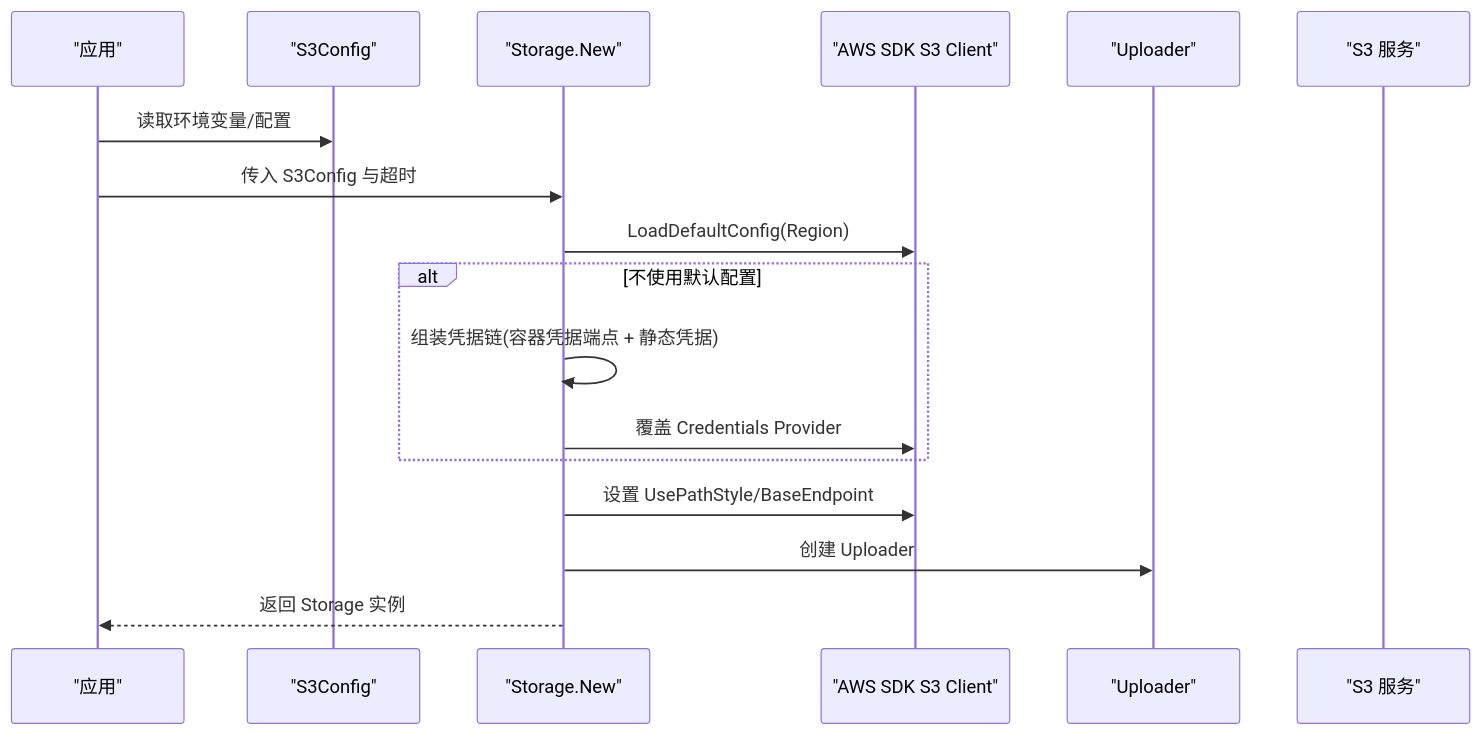
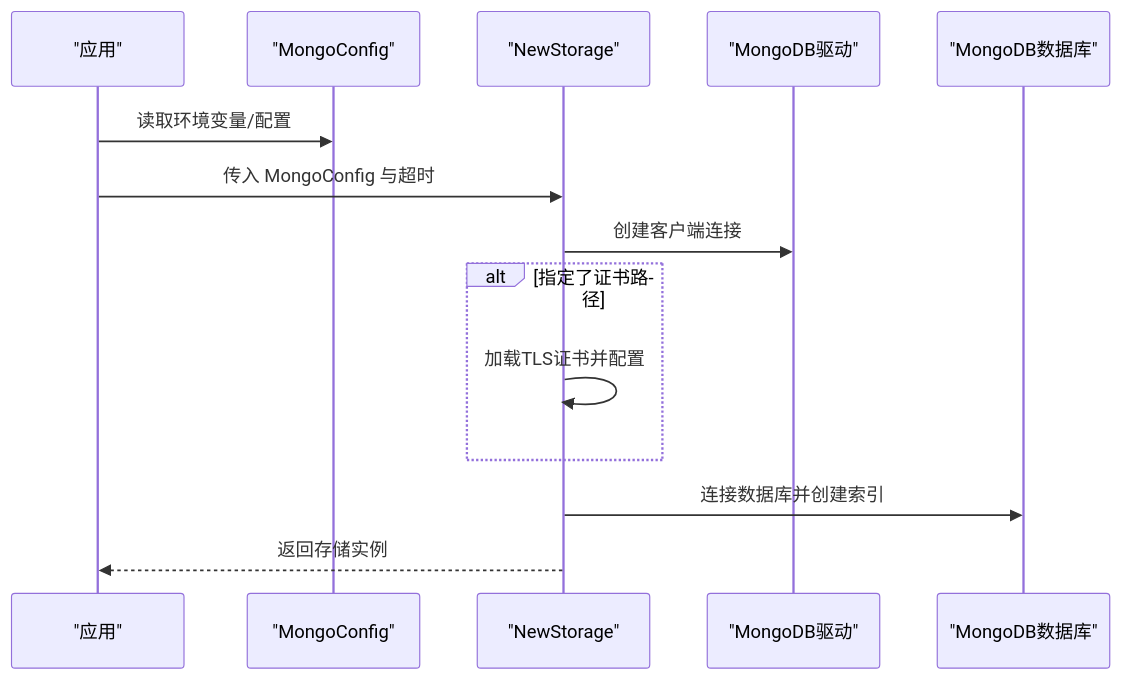
One commit to leimeng-go/athens changed the second of 4 diagrams in .qoder/repowiki/zh/content/配置参考/存储后端配置/云存储配置/S3存储配置.md. Above: the diagram before and after it, drawn with Mermaid. The commit also changed other lines of this file and 14 other files, not shown here.

````diff
--- a/.qoder/repowiki/zh/content/配置参考/存储后端配置/云存储配置/S3存储配置.md
+++ b/.qoder/repowiki/zh/content/配置参考/存储后端配置/云存储配置/S3存储配置.md
@@ -110,19 +103,16 @@
 ```mermaid
 sequenceDiagram
 participant App as "应用"
-participant Cfg as "S3Config"
-participant New as "Storage.New"
-participant SDK as "AWS SDK S3 Client"
-participant Up as "Uploader"
-participant Svc as "S3 服务"
+participant Cfg as "MongoConfig"
+participant New as "NewStorage"
+participant Driver as "MongoDB驱动"
+participant DB as "MongoDB数据库"
 App->>Cfg : 读取环境变量/配置
-App->>New : 传入 S3Config 与超时
-New->>SDK : LoadDefaultConfig(Region)
-alt 不使用默认配置
-New->>New : 组装凭据链(容器凭据端点 + 静态凭据)
-New->>SDK : 覆盖 Credentials Provider
+App->>New : 传入 MongoConfig 与超时
+New->>Driver : 创建客户端连接
+alt 指定了证书路径
+New->>New : 加载TLS证书并配置
 end
-New->>SDK : 设置 UsePathStyle/BaseEndpoint
-New->>Up : 创建 Uploader
-New-->>App : 返回 Storage 实例
+New->>DB : 连接数据库并创建索引
+New-->>App : 返回存储实例
 ```
````
